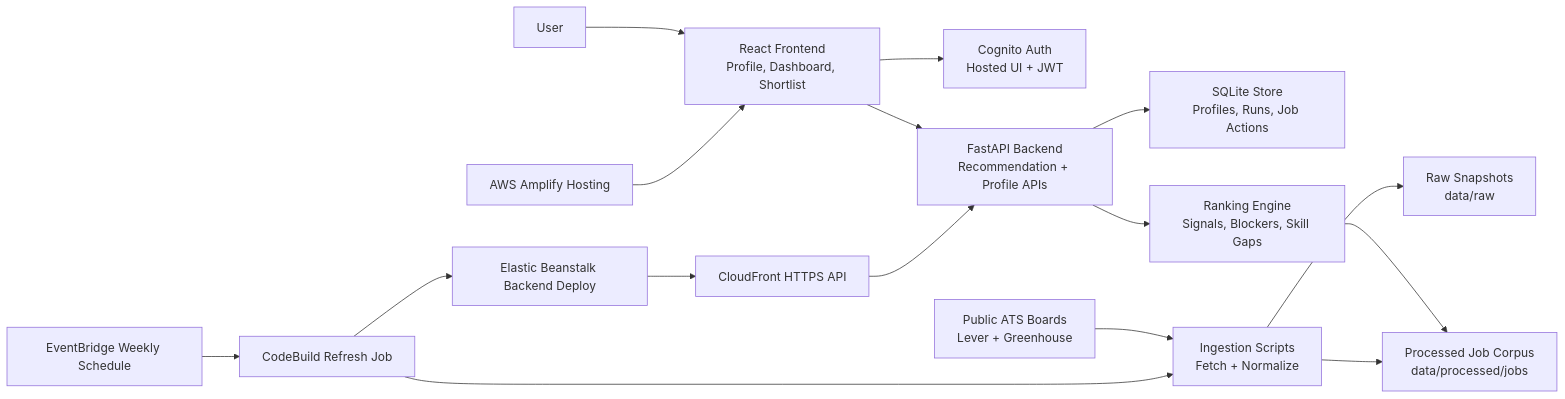
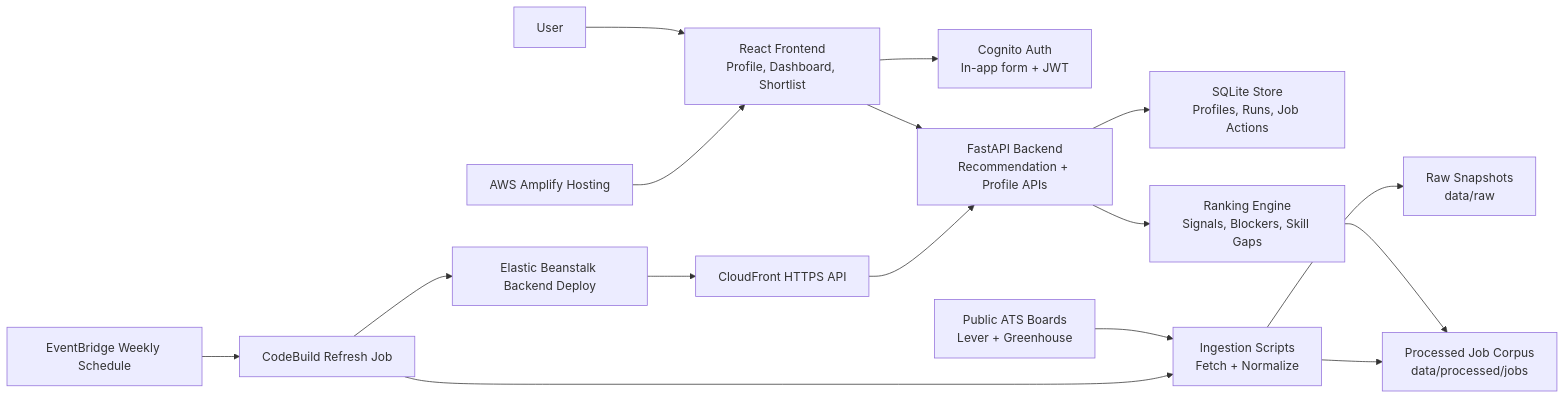
The first of 2 diagrams in README.md (TaegonAndreaSehoKim/InternLens), drawn with Mermaid before and after one commit. The commit also changed other lines of this file and 10 other files, not shown here.

Commit message:
feat: add in-app cognito authentication

````diff
--- a/README.md
+++ b/README.md
@@ -19,22 +19,22 @@
 ```mermaid
 flowchart LR
     user["User"] --> frontend["React Frontend<br/>Profile, Dashboard, Shortlist"]
-    frontend --> auth["Cognito Auth<br/>Hosted UI + JWT"]
+    frontend --> auth["Cognito Auth<br/>In-app form + JWT"]
     frontend --> api["FastAPI Backend<br/>Recommendation + Profile APIs"]
 
     api --> store["SQLite Store<br/>Profiles, Runs, Job Actions"]
     api --> ranker["Ranking Engine<br/>Signals, Blockers, Skill Gaps"]
     ranker --> corpus["Processed Job Corpus<br/>data/processed/jobs"]
 
     ats["Public ATS Boards<br/>Lever + Greenhouse"] --> ingest["Ingestion Scripts<br/>Fetch + Normalize"]
     ingest --> raw["Raw Snapshots<br/>data/raw"]
     ingest --> corpus
 
     schedule["EventBridge Weekly Schedule"] --> codebuild["CodeBuild Refresh Job"]
     codebuild --> ingest
     codebuild --> eb["Elastic Beanstalk Backend Deploy"]
     eb --> cloudfront["CloudFront HTTPS API"]
     cloudfront --> api
 
     amplify["AWS Amplify Hosting"] --> frontend
 ```
````
